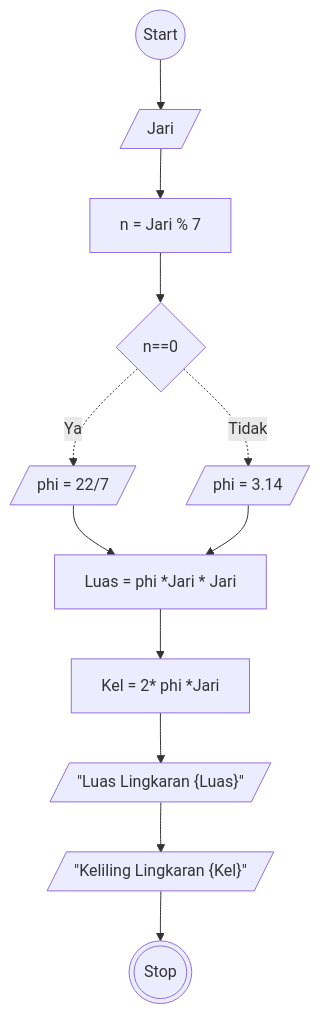
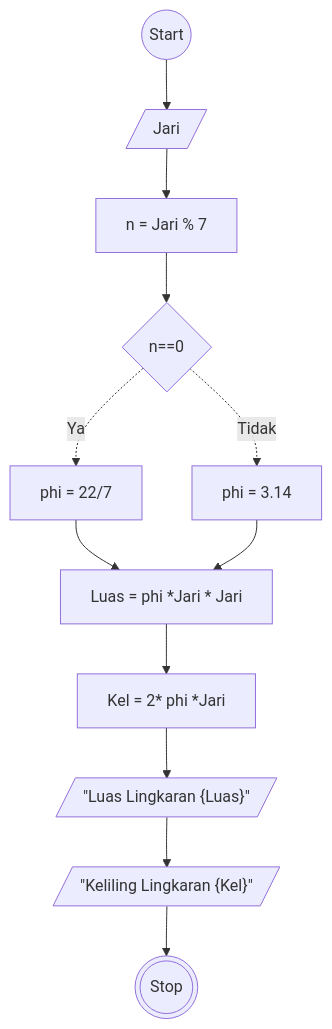
One commit to dimastadeoo/koda-b8-algoritma changed the diagram in luas&keliling.md. Above: the diagram before and after it, drawn with Mermaid.

````diff
--- a/luas&keliling.md
+++ b/luas&keliling.md
@@ -18,25 +18,25 @@
 ```mermaid
 flowchart TD
     A@{ shape: circle, label: "Start" }
     
     B@{ shape: lean-r, label: "Jari" }
     G@{ shape: rect, label: "n = Jari % 7" }
 
     C@{ shape: diamond, label: "n==0" }
 
-    D@{ shape: lean-r, label: "phi = 3.14" }
-    E@{ shape: lean-r, label: "phi = 22/7" }
+    D@{ shape: rect, label: "phi = 3.14" }
+    E@{ shape: rect, label: "phi = 22/7" }
 
     F@{ shape: rect, label: "Luas = phi *Jari * Jari" }
     H@{ shape: rect, label: "Kel = 2* phi *Jari" }
 
     I@{ shape: lean-r, label: "&quot;Luas Lingkaran {Luas}&quot;" }
     J@{ shape: lean-r, label: "&quot;Keliling Lingkaran {Kel}&quot;" }    
 
     K@{ shape: dbl-circ, label: "Stop" }
 
     A --> B --> G --> C-. Ya .-> E --> F
     C-. Tidak .-> D --> F --> H --> I-->J-->K
 
 
 ```
````
